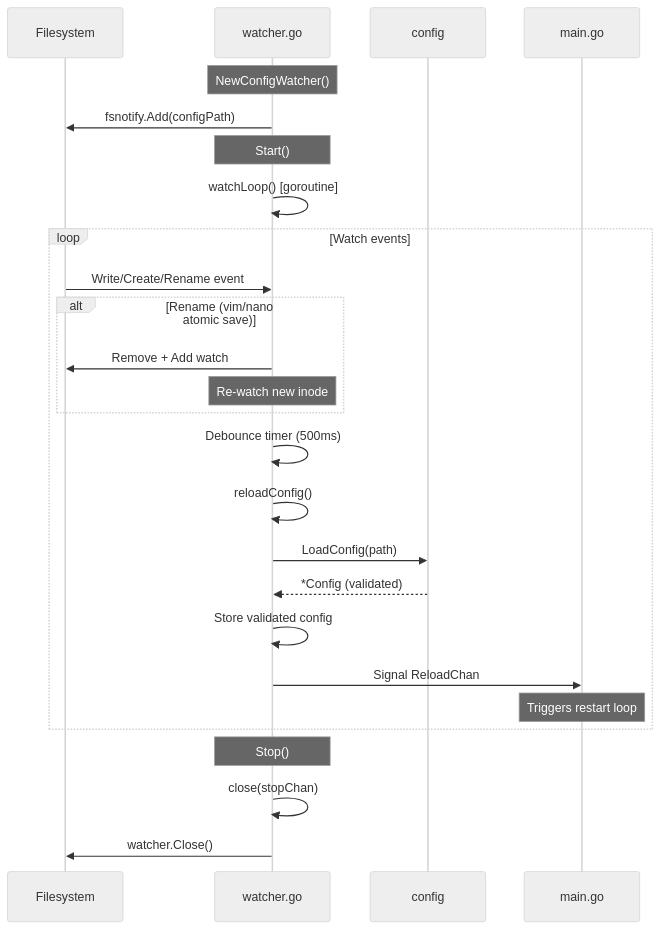
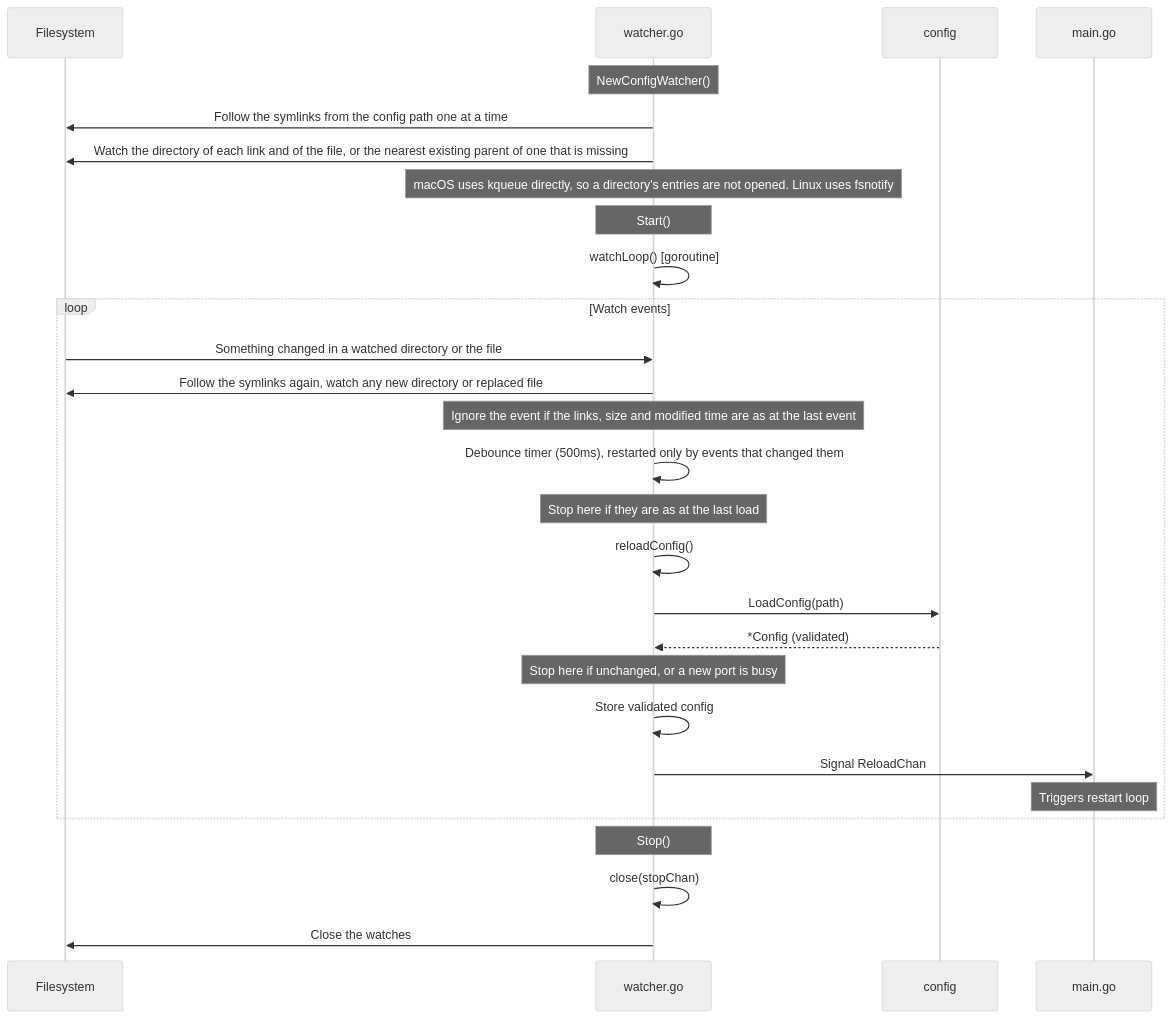
One commit to atas/autotunnel changed the tenth of 11 diagrams in internal/README.md. Above: the diagram before and after it, drawn with Mermaid (neutral theme). The commit also changed other lines of this file and 13 other files, not shown here.

Commit message:
Fix config auto-reload: replaced files, symlinks, port clashes (#43)

````diff
--- a/internal/README.md
+++ b/internal/README.md
@@ -426,35 +431,36 @@
 ```mermaid
 sequenceDiagram
     participant fs as Filesystem
     participant w as watcher.go
     participant cfg as config
     participant main as main.go
 
     Note over w: NewConfigWatcher()
-    w->>fs: fsnotify.Add(configPath)
+    w->>fs: Follow the symlinks from the config path one at a time
+    w->>fs: Watch the directory of each link and of the file, or the nearest existing parent of one that is missing
+    Note over w: macOS uses kqueue directly, so a directory's entries are not opened. Linux uses fsnotify
 
     Note over w: Start()
     w->>w: watchLoop() [goroutine]
 
     loop Watch events
-        fs->>w: Write/Create/Rename event
+        fs->>w: Something changed in a watched directory or the file
+        w->>fs: Follow the symlinks again, watch any new directory or replaced file
 
-        alt Rename (vim/nano atomic save)
-            w->>fs: Remove + Add watch
-            Note over w: Re-watch new inode
-        end
-
-        w->>w: Debounce timer (500ms)
+        Note over w: Ignore the event if the links, size and modified time are as at the last event
+        w->>w: Debounce timer (500ms), restarted only by events that changed them
+        Note over w: Stop here if they are as at the last load
         w->>w: reloadConfig()
         w->>cfg: LoadConfig(path)
         cfg-->>w: *Config (validated)
 
+        Note over w: Stop here if unchanged, or a new port is busy
         w->>w: Store validated config
         w->>main: Signal ReloadChan
         Note over main: Triggers restart loop
     end
 
     Note over w: Stop()
     w->>w: close(stopChan)
-    w->>fs: watcher.Close()
+    w->>fs: Close the watches
 ```
````
